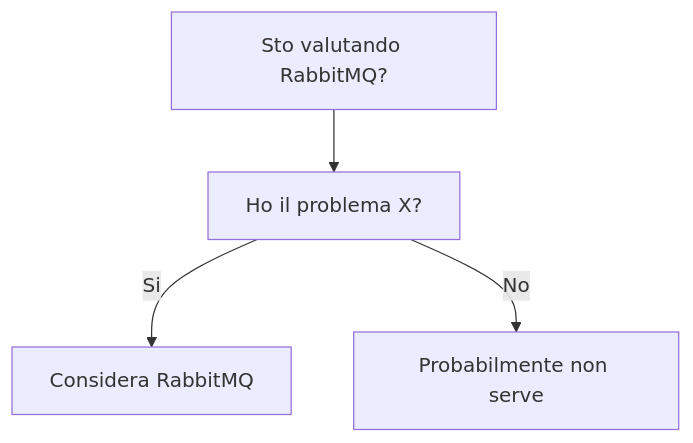
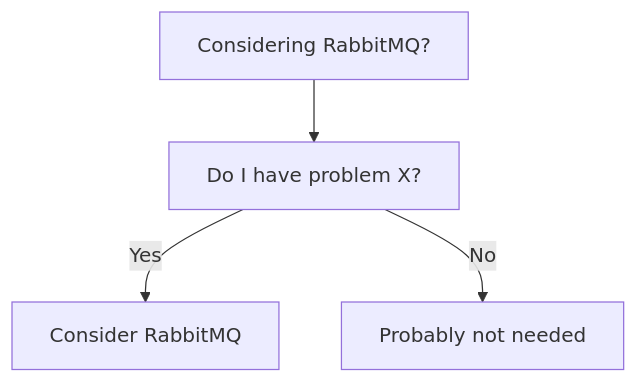
One commit to HxT9/Software-Dev-Wiki changed the diagram in dev-wiki/13_Integration/Message_Brokers/RabbitMQ/When_To_Use.md. Above: the diagram before and after it, drawn with Mermaid. The commit also changed other lines of this file and 3444 other files, not shown here.

````diff
--- a/dev-wiki/13_Integration/Message_Brokers/RabbitMQ/When_To_Use.md
+++ b/dev-wiki/13_Integration/Message_Brokers/RabbitMQ/When_To_Use.md
@@ -19,6 +19,6 @@
 ```mermaid
 flowchart TD
-  Q[Sto valutando RabbitMQ?] --> Q1[Ho il problema X?]
-  Q1 -->|Si| OK[Considera RabbitMQ]
-  Q1 -->|No| NO[Probabilmente non serve]
+  Q[Considering RabbitMQ?] --> Q1[Do I have problem X?]
+  Q1 -->|Yes| OK[Consider RabbitMQ]
+  Q1 -->|No| NO[Probably not needed]
 ```
````
